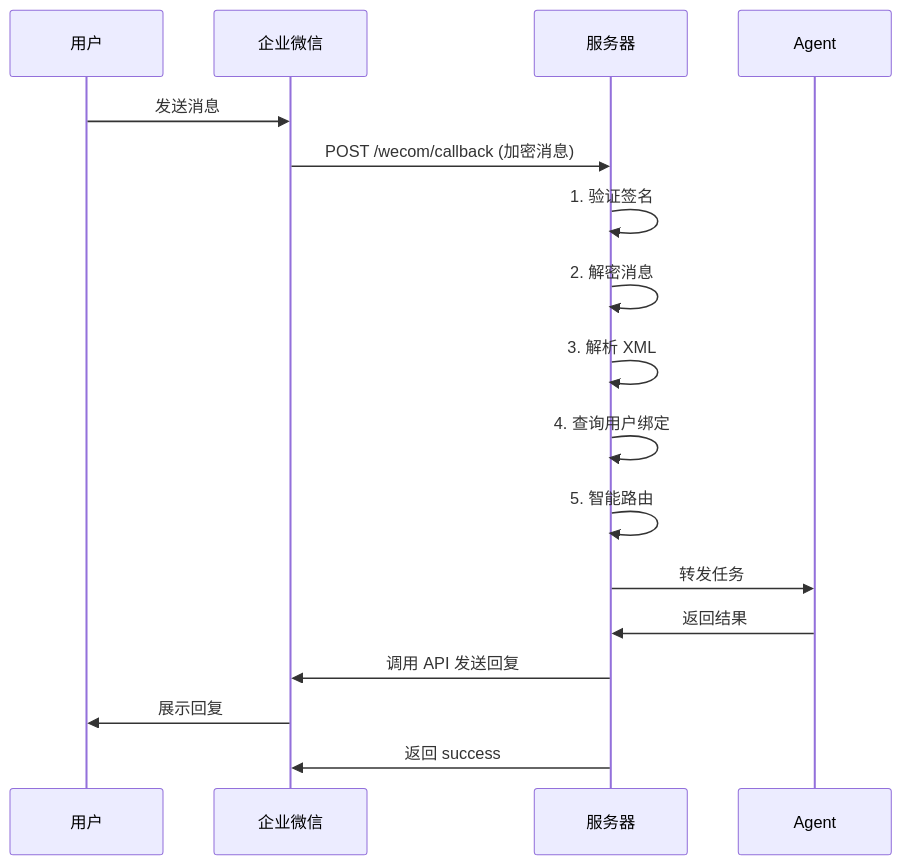
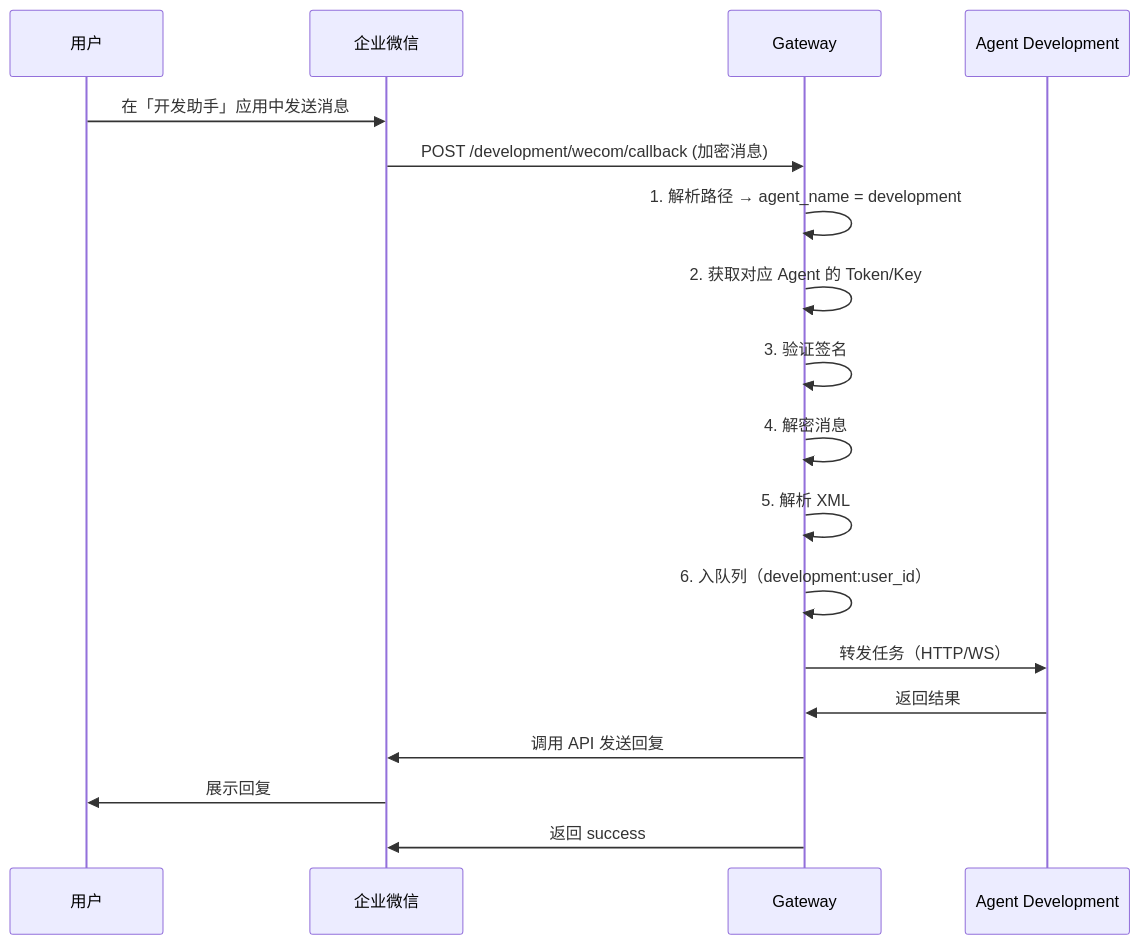
Before and after one commit to yuer555/openclaw-deploy: the second of 2 diagrams in docs/07-API文档.md, drawn with Mermaid. The commit also changed other lines of this file and 5 other files, not shown here.

````diff
--- a/docs/07-API文档.md
+++ b/docs/07-API文档.md
@@ -214,15 +257,16 @@
 ```mermaid
 sequenceDiagram
-    用户->>企业微信: 发送消息
-    企业微信->>服务器: POST /wecom/callback (加密消息)
-    服务器->>服务器: 1. 验证签名
-    服务器->>服务器: 2. 解密消息
-    服务器->>服务器: 3. 解析 XML
-    服务器->>服务器: 4. 查询用户绑定
-    服务器->>服务器: 5. 智能路由
-    服务器->>Agent: 转发任务
-    Agent->>服务器: 返回结果
-    服务器->>企业微信: 调用 API 发送回复
+    用户->>企业微信: 在「开发助手」应用中发送消息
+    企业微信->>Gateway: POST /development/wecom/callback (加密消息)
+    Gateway->>Gateway: 1. 解析路径 → agent_name = development
+    Gateway->>Gateway: 2. 获取对应 Agent 的 Token/Key
+    Gateway->>Gateway: 3. 验证签名
+    Gateway->>Gateway: 4. 解密消息
+    Gateway->>Gateway: 5. 解析 XML
+    Gateway->>Gateway: 6. 入队列（development:user_id）
+    Gateway->>Agent Development: 转发任务（HTTP/WS）
+    Agent Development->>Gateway: 返回结果
+    Gateway->>企业微信: 调用 API 发送回复
     企业微信->>用户: 展示回复
-    服务器->>企业微信: 返回 success
+    Gateway->>企业微信: 返回 success
 ```
````
